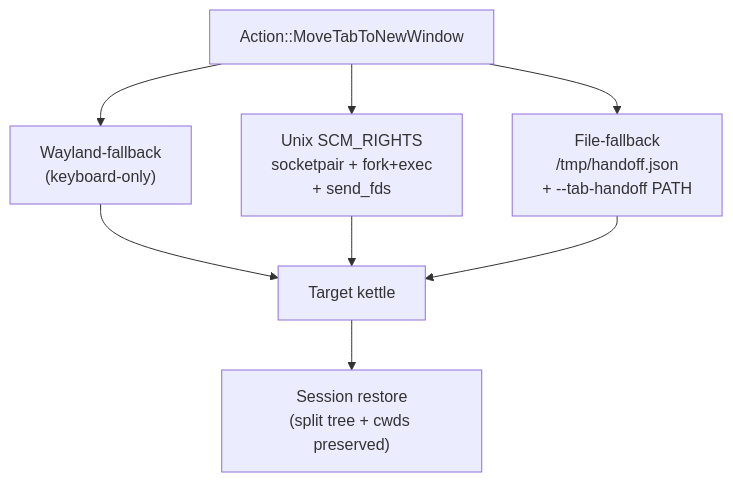
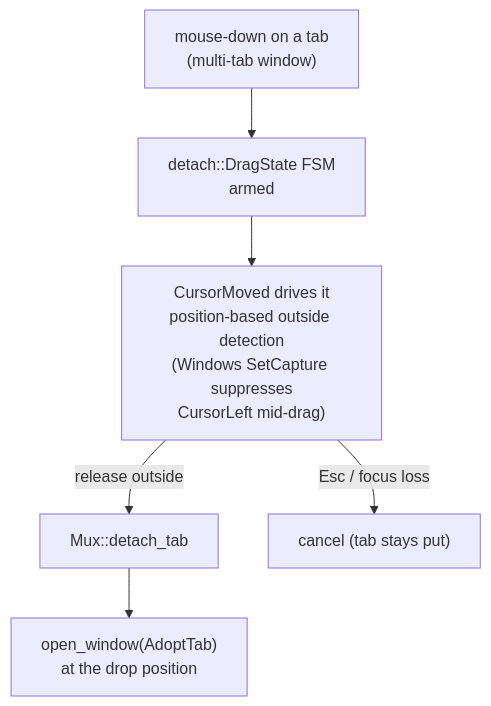
The ninth of 10 diagrams in docs/ARCHITECTURE.md (Reddimus/kettle), drawn with Mermaid before and after one commit. The commit also changed other lines of this file and 14 other files, not shown here.

````diff
--- a/docs/ARCHITECTURE.md
+++ b/docs/ARCHITECTURE.md
@@ -364,11 +408,8 @@
 ```mermaid
 flowchart TD
-    A["Action::MoveTabToNewWindow"]
-    A --> B1["Wayland-fallback<br/>(keyboard-only)"]
-    A --> B2["Unix SCM_RIGHTS<br/>socketpair + fork+exec<br/>+ send_fds"]
-    A --> B3["File-fallback<br/>/tmp/handoff.json<br/>+ --tab-handoff PATH"]
-    B1 --> C["Target kettle"]
-    B2 --> C
-    B3 --> C
-    C --> D["Session restore<br/>(split tree + cwds preserved)"]
+    A["mouse-down on a tab<br/>(multi-tab window)"] --> B["detach::DragState FSM<br/>armed"]
+    B --> C["CursorMoved drives it<br/>position-based outside detection<br/>(Windows SetCapture suppresses<br/>CursorLeft mid-drag)"]
+    C -->|"release outside"| D["Mux::detach_tab"]
+    D --> E["open_window(AdoptTab)<br/>at the drop position"]
+    C -->|"Esc / focus loss"| F["cancel (tab stays put)"]
 ```
````
